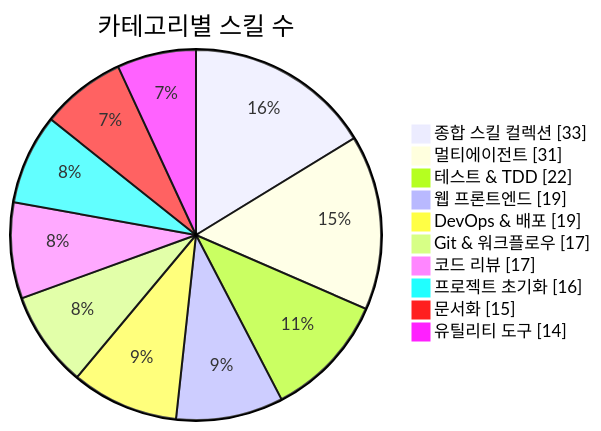
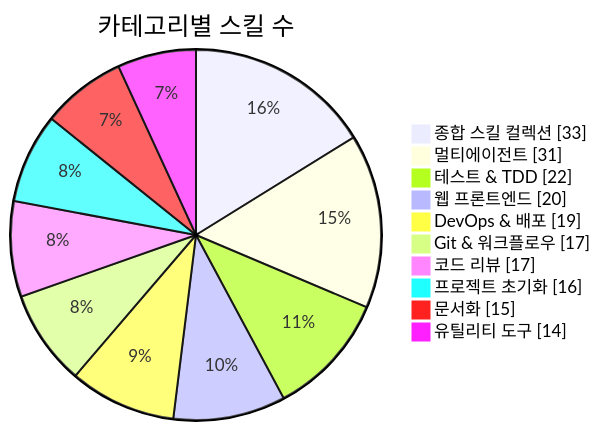
The first of 3 diagrams in README.md (J-nowcow/awesome-korean-agent-skills), drawn with Mermaid before and after one commit. The commit also changed other lines of this file and 4 other files, not shown here.

````diff
--- a/README.md
+++ b/README.md
@@ -176,14 +176,14 @@
 ```mermaid
 pie showData
     title 카테고리별 스킬 수
     "종합 스킬 컬렉션" : 33
     "멀티에이전트" : 31
     "테스트 & TDD" : 22
-    "웹 프론트엔드" : 19
+    "웹 프론트엔드" : 20
     "DevOps & 배포" : 19
     "Git & 워크플로우" : 17
     "코드 리뷰" : 17
     "프로젝트 초기화" : 16
     "문서화" : 15
     "유틸리티 도구" : 14
 ```
````
